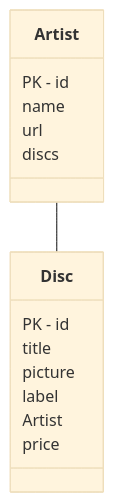
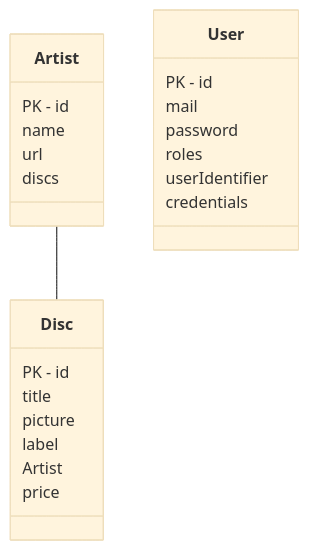
The diagram in UML.md (jeanmarie80000/php-velvet), drawn with Mermaid (base theme) before and after one commit. The commit also changed 12 other files, not shown here.

````diff
--- a/UML.md
+++ b/UML.md
@@ -1,22 +1,31 @@
 ```mermaid
 classDiagram
 
 class Artist{
 PK - id
 name
 url
 discs
 }
 
 Artist -- Disc
 class Disc{
 PK - id
 title
 picture
 label
 Artist
 price
 }
 
+class User{
+PK - id
+mail
+password
+roles
+userIdentifier
+credentials
+}
+
 
 ```
````
